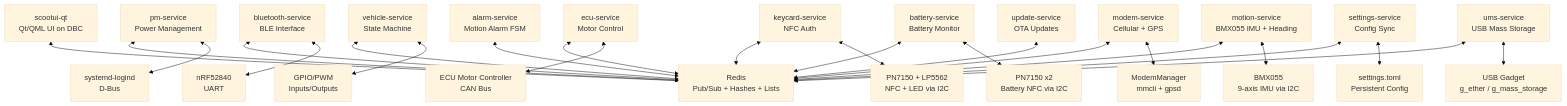
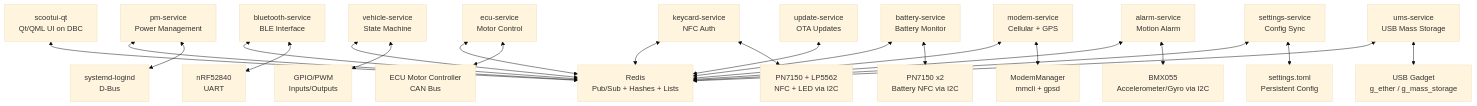
Before and after one commit to librescoot/unu-tech-reference: the diagram in services/README.md, drawn with Mermaid (base theme). The commit also changed other lines of this file and 25 other files, not shown here.

````diff
--- a/services/README.md
+++ b/services/README.md
@@ -28,54 +26,52 @@
 ```mermaid
 graph TB
     UI["scootui-qt<br/>Qt/QML UI on DBC"]
     Redis["Redis<br/>Pub/Sub + Hashes + Lists"]
 
     PM["pm-service<br/>Power Management"]
     BT["bluetooth-service<br/>BLE Interface"]
     VH["vehicle-service<br/>State Machine"]
     ECU["ecu-service<br/>Motor Control"]
     KC["keycard-service<br/>NFC Auth"]
     BAT["battery-service<br/>Battery Monitor"]
     MDM["modem-service<br/>Cellular + GPS"]
-    MOT["motion-service<br/>BMX055 IMU + Heading"]
-    ALM["alarm-service<br/>Motion Alarm FSM"]
+    ALM["alarm-service<br/>Motion Alarm"]
     SET["settings-service<br/>Config Sync"]
     UMS["ums-service<br/>USB Mass Storage"]
     UPD["update-service<br/>OTA Updates"]
 
     LOGIND["systemd-logind<br/>D-Bus"]
     NRF["nRF52840<br/>UART"]
     GPIO["GPIO/PWM<br/>Inputs/Outputs"]
     CAN["ECU Motor Controller<br/>CAN Bus"]
     NFC1["PN7150 + LP5562<br/>NFC + LED via I2C"]
     NFC2["PN7150 x2<br/>Battery NFC via I2C"]
     MODEM["ModemManager<br/>mmcli + gpsd"]
-    BMX["BMX055<br/>9-axis IMU via I2C"]
+    BMX["BMX055<br/>Accelerometer/Gyro via I2C"]
     TOML["settings.toml<br/>Persistent Config"]
     USB["USB Gadget<br/>g_ether / g_mass_storage"]
 
     UI <--> Redis
     PM <--> Redis
     BT <--> Redis
     VH <--> Redis
     ECU <--> Redis
     KC <--> Redis
     BAT <--> Redis
     MDM <--> Redis
-    MOT <--> Redis
     ALM <--> Redis
     SET <--> Redis
     UMS <--> Redis
     UPD <--> Redis
 
     PM <--> LOGIND
     BT <--> NRF
     VH <--> GPIO
     ECU <--> CAN
     KC <--> NFC1
     BAT <--> NFC2
     MDM <--> MODEM
-    MOT <--> BMX
+    ALM <--> BMX
     SET <--> TOML
     UMS <--> USB
 ```
````
